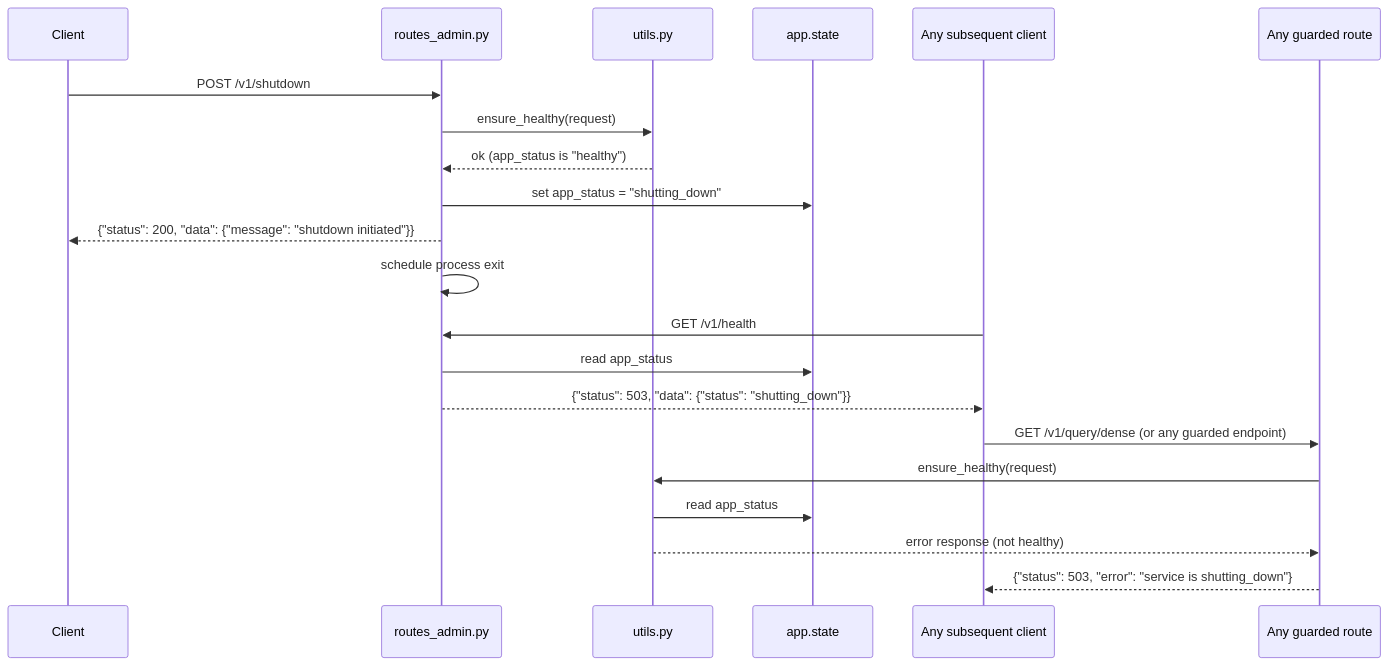
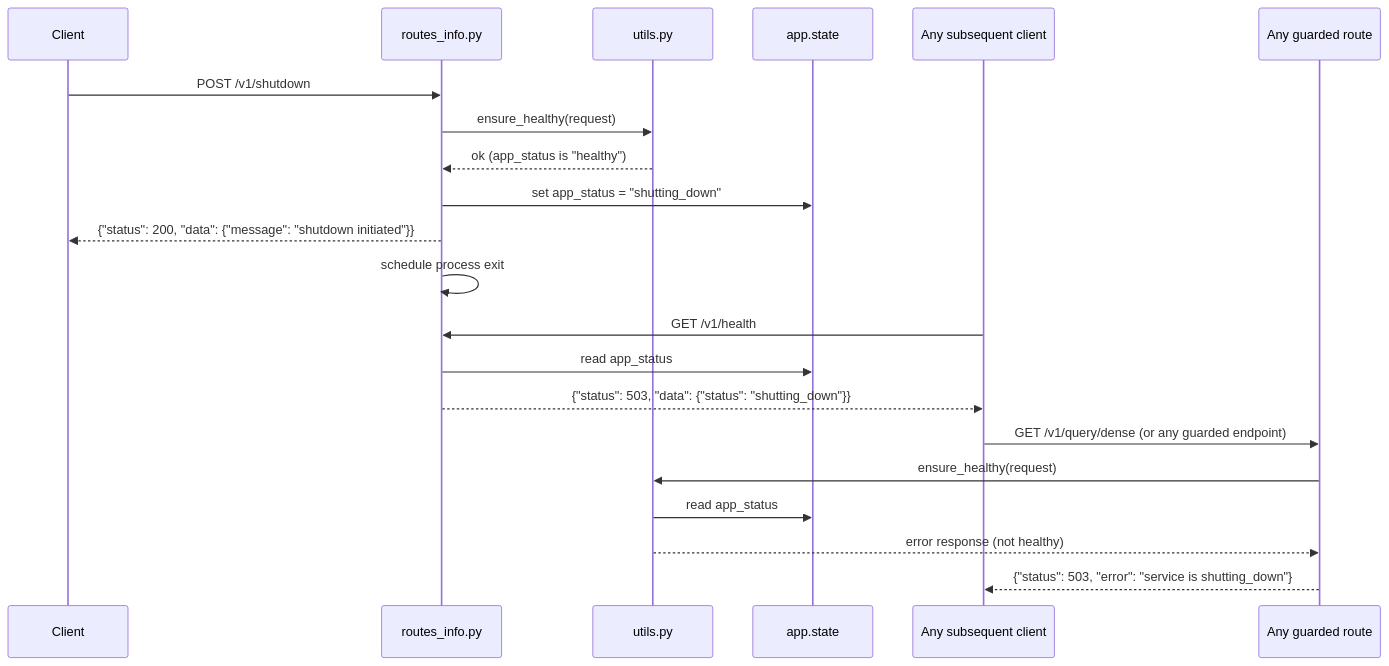
The ninth of 9 diagrams in docs/SPECIFICATION-DATA-FLOW.md (florianbuetow/mini-rag), drawn with Mermaid before and after one commit. The commit also changed other lines of this file and 1 other file, not shown here.

Commit message:
Update specs to use routes_info naming

````diff
--- a/docs/SPECIFICATION-DATA-FLOW.md
+++ b/docs/SPECIFICATION-DATA-FLOW.md
@@ -565,26 +565,26 @@
 ```mermaid
 sequenceDiagram
     participant C as Client
-    participant RA as routes_admin.py
+    participant RA as routes_info.py
     participant U as utils.py
     participant APP as app.state
     participant C2 as Any subsequent client
     participant R as Any guarded route
 
     C->>RA: POST /v1/shutdown
     RA->>U: ensure_healthy(request)
     U-->>RA: ok (app_status is "healthy")
     RA->>APP: set app_status = "shutting_down"
     RA-->>C: {"status": 200, "data": {"message": "shutdown initiated"}}
     RA->>RA: schedule process exit
 
     C2->>RA: GET /v1/health
     RA->>APP: read app_status
     RA-->>C2: {"status": 503, "data": {"status": "shutting_down"}}
 
     C2->>R: GET /v1/query/dense (or any guarded endpoint)
     R->>U: ensure_healthy(request)
     U->>APP: read app_status
     U-->>R: error response (not healthy)
     R-->>C2: {"status": 503, "error": "service is shutting_down"}
 ```
````
